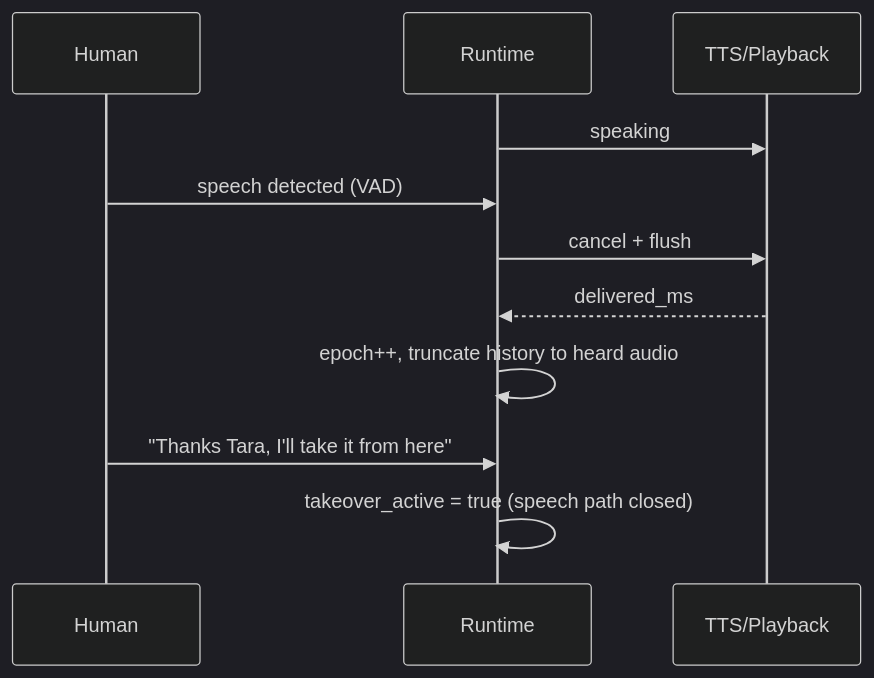
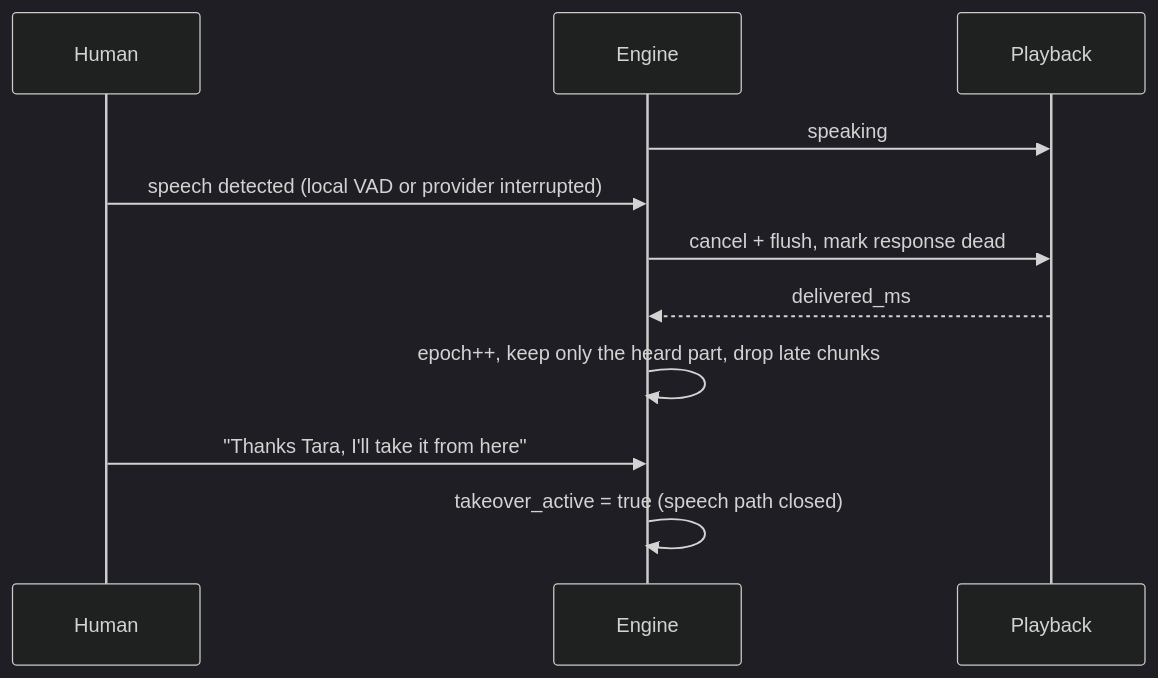
Before and after one commit to CalebPiusC/Tara: the third of 3 diagrams in README.md, drawn with Mermaid (dark theme). The commit also changed other lines of this file and 103 other files, not shown here.

````diff
--- a/README.md
+++ b/README.md
@@ -68,13 +76,13 @@
 ```mermaid
 sequenceDiagram
   participant H as Human
-  participant R as Runtime
-  participant T as TTS/Playback
+  participant R as Engine
+  participant T as Playback
   R->>T: speaking
-  H->>R: speech detected (VAD)
-  R->>T: cancel + flush
+  H->>R: speech detected (local VAD or provider interrupted)
+  R->>T: cancel + flush, mark response dead
   T-->>R: delivered_ms
-  R->>R: epoch++, truncate history to heard audio
+  R->>R: epoch++, keep only the heard part, drop late chunks
   H->>R: "Thanks Tara, I'll take it from here"
   R->>R: takeover_active = true (speech path closed)
 ```
````
